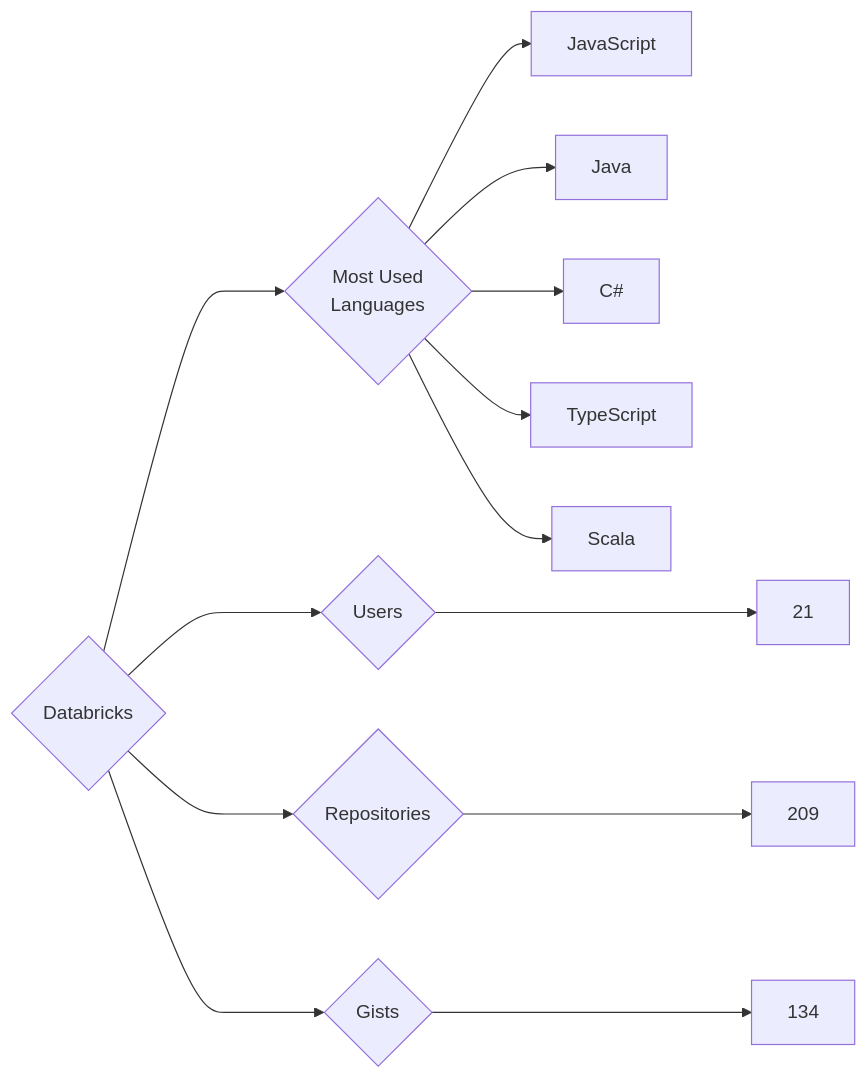
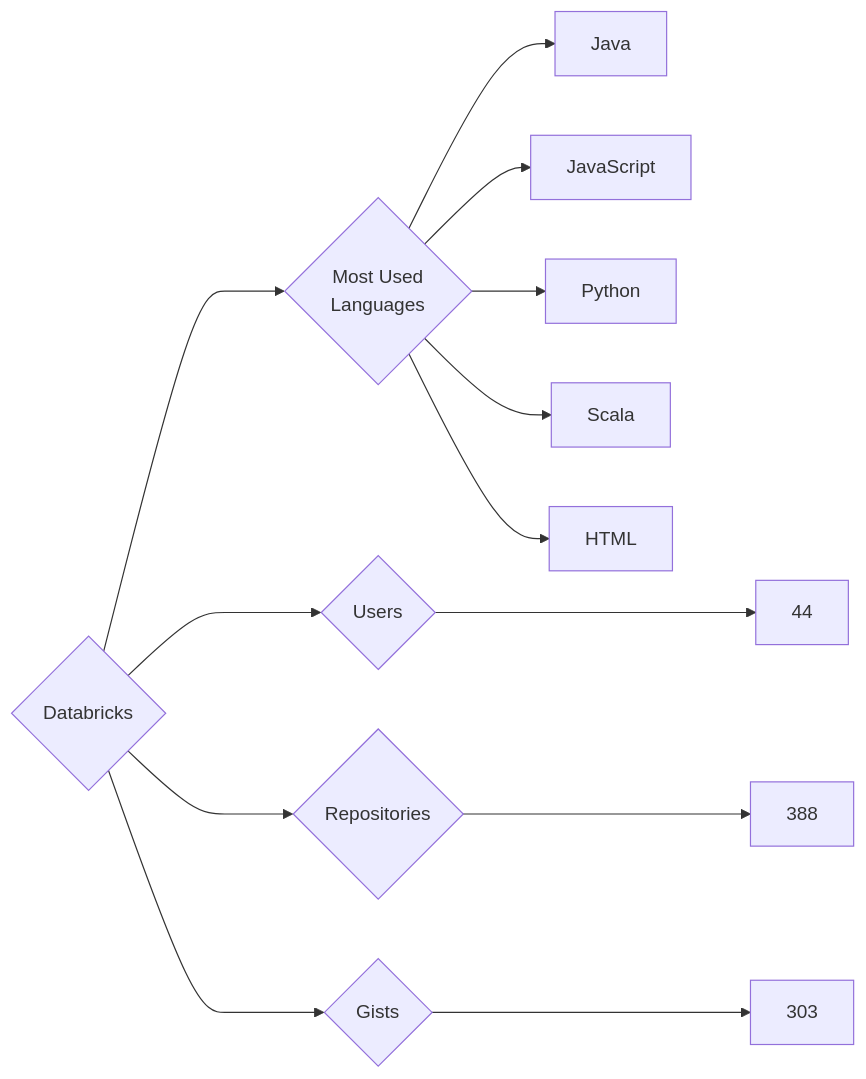
Before and after one commit to trickest/insiders: the diagram in targets/Databricks/README.md, drawn with Mermaid. The commit also changed 953 other files, not shown here.

````diff
--- a/targets/Databricks/README.md
+++ b/targets/Databricks/README.md
@@ -3,13 +3,13 @@
 ```mermaid
 graph LR
 COMPANY_NAME{Databricks}
-COMPANY_NAME ---> U{Users} ---> UN[21]
-COMPANY_NAME ---> R{Repositories} ---> RN[209]
-COMPANY_NAME ---> G{Gists} ---> GN[134]
+COMPANY_NAME ---> U{Users} ---> UN[44]
+COMPANY_NAME ---> R{Repositories} ---> RN[388]
+COMPANY_NAME ---> G{Gists} ---> GN[303]
 COMPANY_NAME ---> ML{Most Used<br>Languages}
+ML --> Java[Java]
 ML --> JavaScript[JavaScript]
-ML --> Java[Java]
-ML --> C#[C#]
-ML --> TypeScript[TypeScript]
+ML --> Python[Python]
 ML --> Scala[Scala]
+ML --> HTML[HTML]
 ```
````
